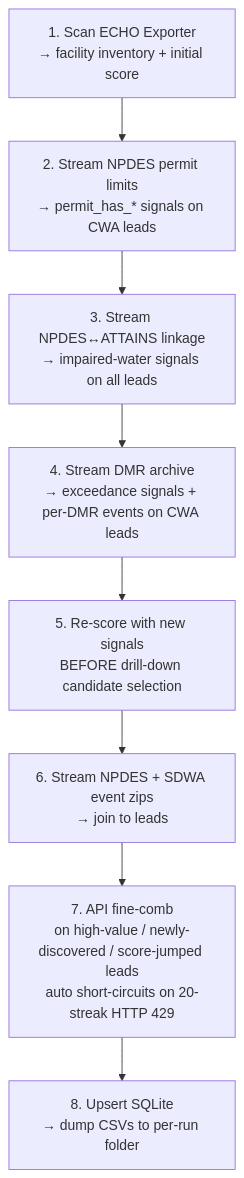
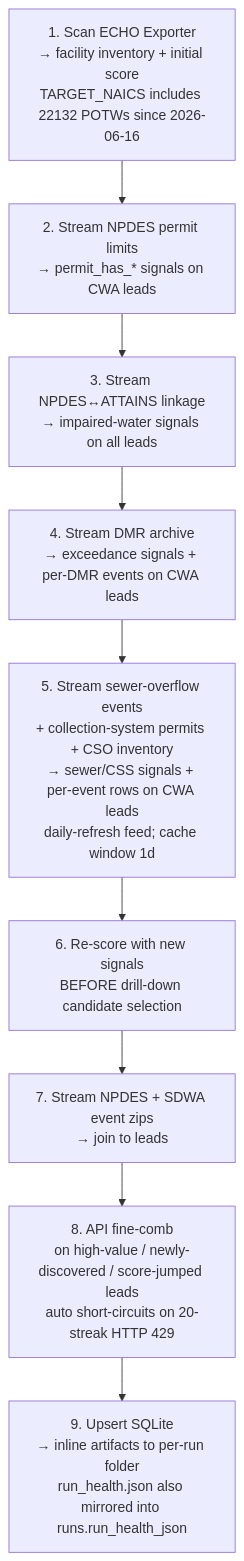
Before and after one commit to stephen-hepper/Work: the second of 2 diagrams in EPA/chemtreat_water_leads/markdown/DIAGRAM.md, drawn with Mermaid. The commit also changed other lines of this file and 12 other files, not shown here.

````diff
--- a/EPA/chemtreat_water_leads/markdown/DIAGRAM.md
+++ b/EPA/chemtreat_water_leads/markdown/DIAGRAM.md
@@ -33,10 +33,11 @@
 ```mermaid
 flowchart TD
-    A[1. Scan ECHO Exporter<br/>→ facility inventory + initial score] --> B[2. Stream NPDES permit limits<br/>→ permit_has_* signals on CWA leads]
+    A[1. Scan ECHO Exporter<br/>→ facility inventory + initial score<br/>TARGET_NAICS includes 22132 POTWs since 2026-06-16] --> B[2. Stream NPDES permit limits<br/>→ permit_has_* signals on CWA leads]
     B --> C[3. Stream NPDES↔ATTAINS linkage<br/>→ impaired-water signals on all leads]
     C --> D[4. Stream DMR archive<br/>→ exceedance signals + per-DMR events on CWA leads]
-    D --> E[5. Re-score with new signals<br/>BEFORE drill-down candidate selection]
-    E --> F[6. Stream NPDES + SDWA event zips<br/>→ join to leads]
-    F --> G[7. API fine-comb<br/>on high-value / newly-discovered / score-jumped leads<br/>auto short-circuits on 20-streak HTTP 429]
-    G --> H[8. Upsert SQLite<br/>→ dump CSVs to per-run folder]
+    D --> SO[5. Stream sewer-overflow events<br/>+ collection-system permits + CSO inventory<br/>→ sewer/CSS signals + per-event rows on CWA leads<br/>daily-refresh feed; cache window 1d]
+    SO --> E[6. Re-score with new signals<br/>BEFORE drill-down candidate selection]
+    E --> F[7. Stream NPDES + SDWA event zips<br/>→ join to leads]
+    F --> G[8. API fine-comb<br/>on high-value / newly-discovered / score-jumped leads<br/>auto short-circuits on 20-streak HTTP 429]
+    G --> H[9. Upsert SQLite<br/>→ inline artifacts to per-run folder<br/>run_health.json also mirrored into runs.run_health_json]
 ```
````
